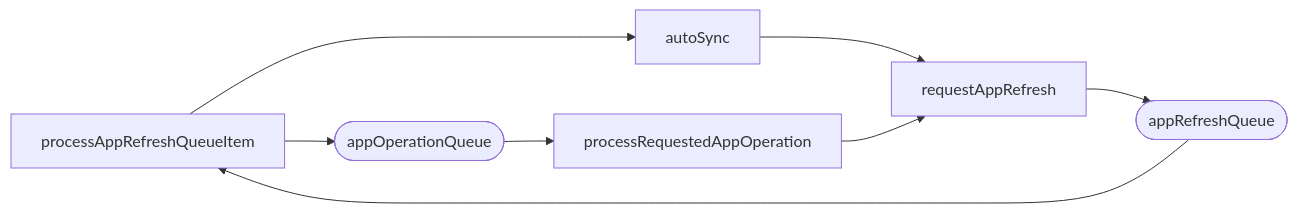
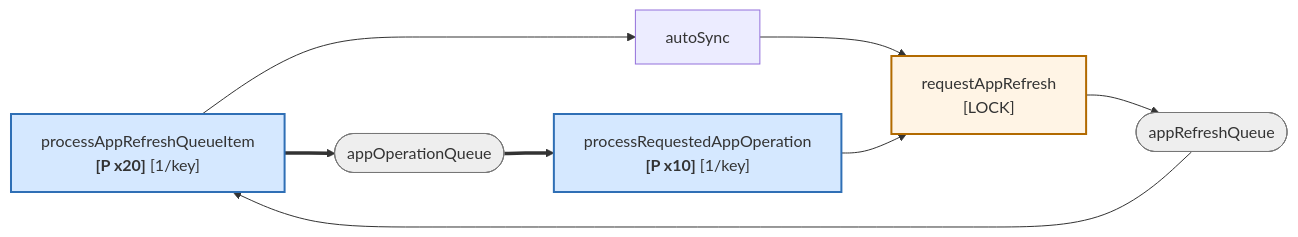
One commit to adityaraj178/argo-cd changed the diagram in app_controller_uml/07-fan-in-table.md. Above: the diagram before and after it, drawn with Mermaid. The commit also changed other lines of this file and 32 other files, not shown here.

````diff
--- a/app_controller_uml/07-fan-in-table.md
+++ b/app_controller_uml/07-fan-in-table.md
@@ -30,11 +62,28 @@
 ```mermaid
 flowchart LR
-    A["processAppRefreshQueueItem"] --> B["autoSync"]
-    B --> C["requestAppRefresh"]
-    C --> D(["appRefreshQueue"])
+    A["processAppRefreshQueueItem<br/><b>[P x20]</b> [1/key]"]
+    B["autoSync"]
+    C["requestAppRefresh<br/>[LOCK]"]
+    D(["appRefreshQueue"])
+    E(["appOperationQueue"])
+    F["processRequestedAppOperation<br/><b>[P x10]</b> [1/key]"]
+
+    A --> B
+    B --> C
+    C --> D
     D --> A
 
-    A --> E(["appOperationQueue"])
-    E --> F["processRequestedAppOperation"]
+    A ==> E
+    E ==> F
     F --> C
+
+    classDef par fill:#d5e8ff,stroke:#2f6fb5,stroke-width:2px
+    classDef lock fill:#fff4e5,stroke:#b26a00,stroke-width:2px
+    classDef q fill:#eeeeee,stroke:#777777
+
+    class A par
+    class F par
+    class C lock
+    class D q
+    class E q
 ```
````
